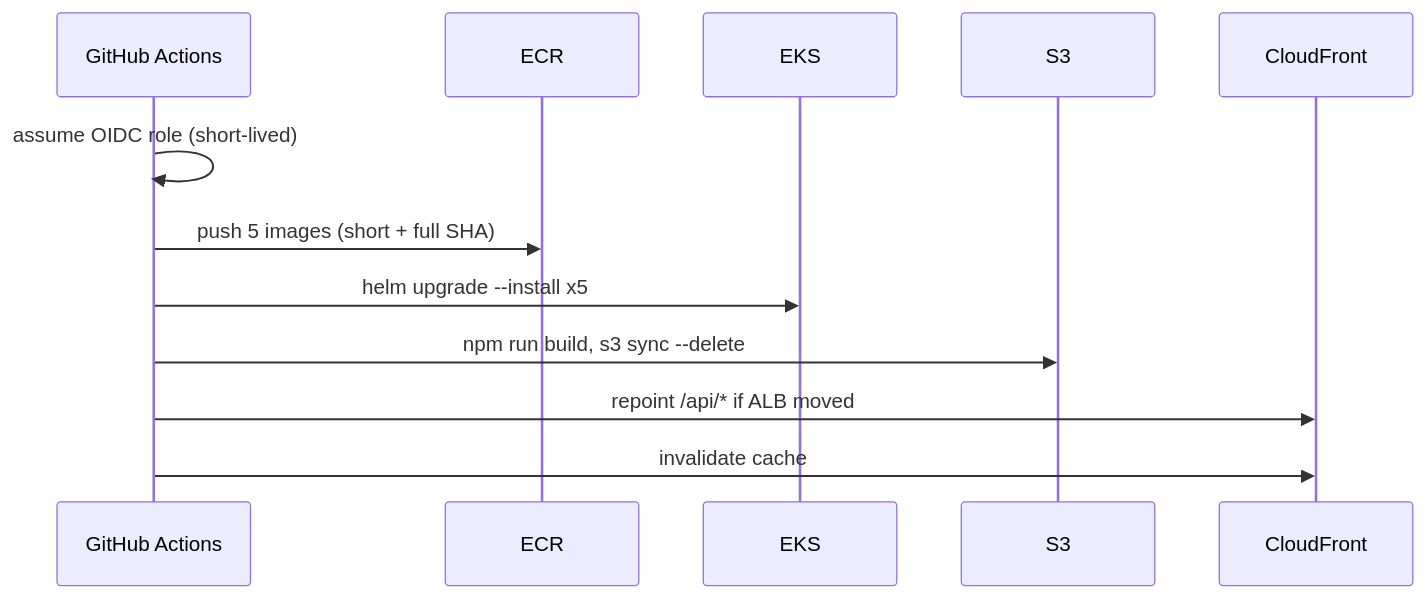
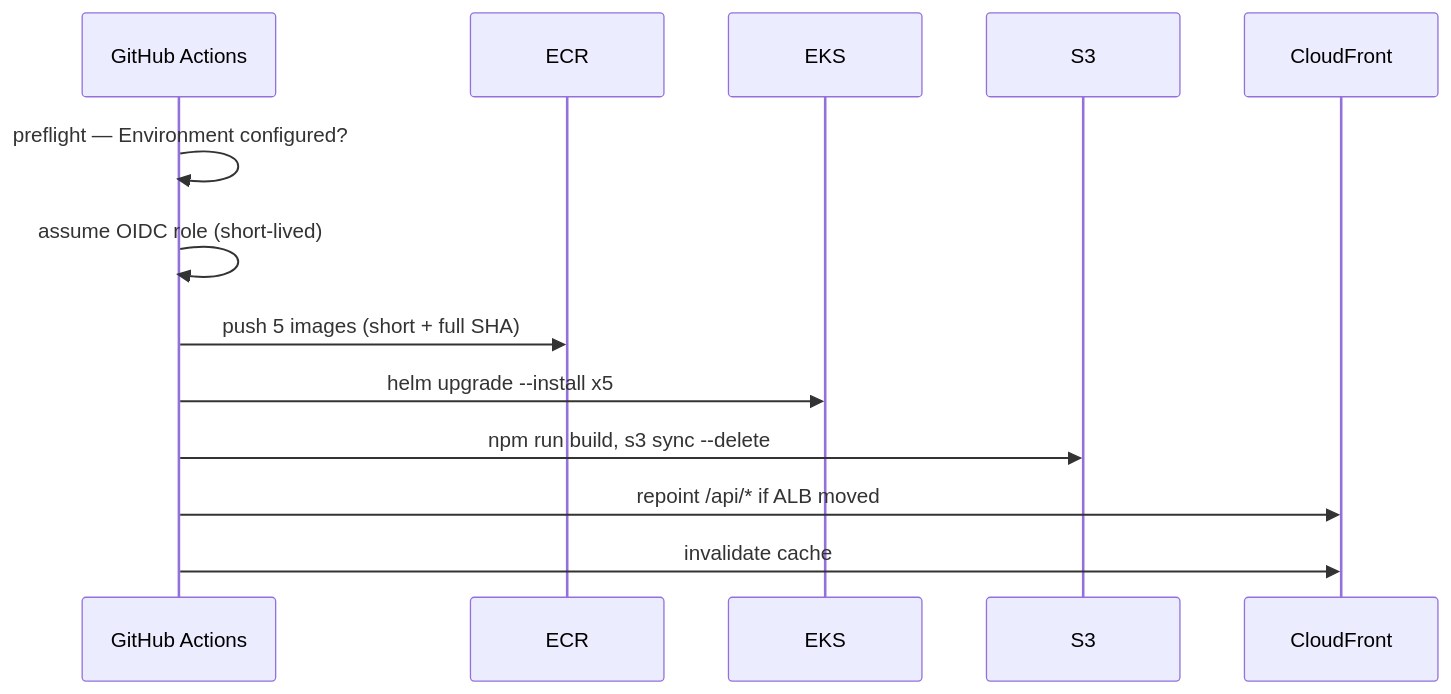
The second of 2 diagrams in docs/cicd-pipeline.md (Uygnis/NUS-ISS-ASS-Practice-Module), drawn with Mermaid before and after one commit. The commit also changed other lines of this file and 76 other files, not shown here.

````diff
--- a/docs/cicd-pipeline.md
+++ b/docs/cicd-pipeline.md
@@ -58,15 +85,16 @@
 ```mermaid
 sequenceDiagram
     participant GH as GitHub Actions
     participant ECR
     participant EKS
     participant S3
     participant CF as CloudFront
 
+    GH->>GH: preflight — Environment configured?
     GH->>GH: assume OIDC role (short-lived)
     GH->>ECR: push 5 images (short + full SHA)
     GH->>EKS: helm upgrade --install x5
     GH->>S3: npm run build, s3 sync --delete
     GH->>CF: repoint /api/* if ALB moved
     GH->>CF: invalidate cache
 ```
````
